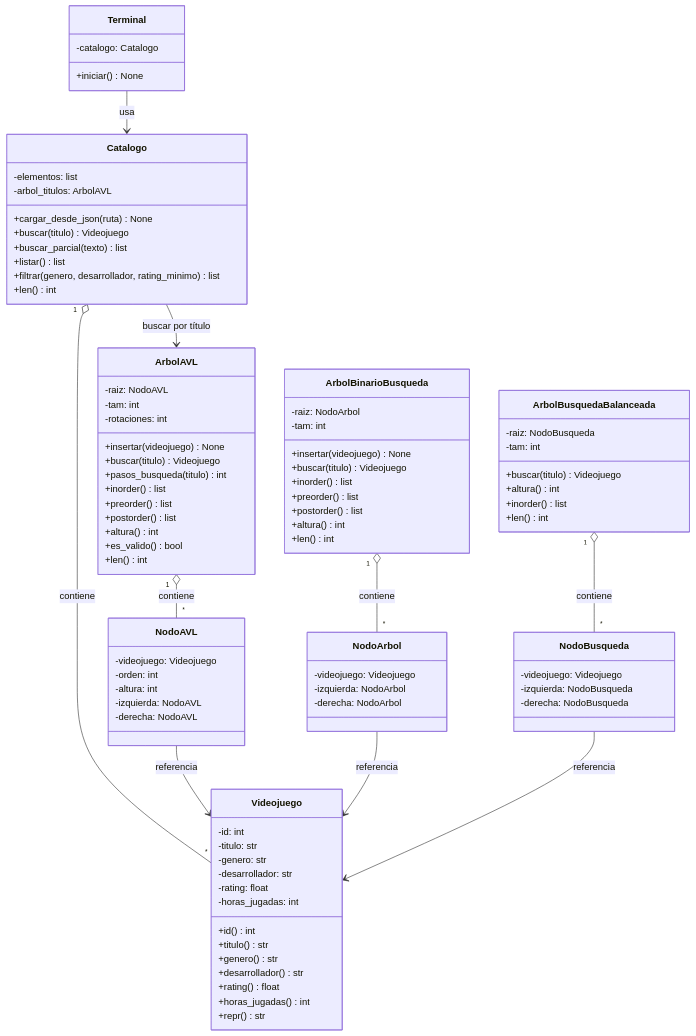
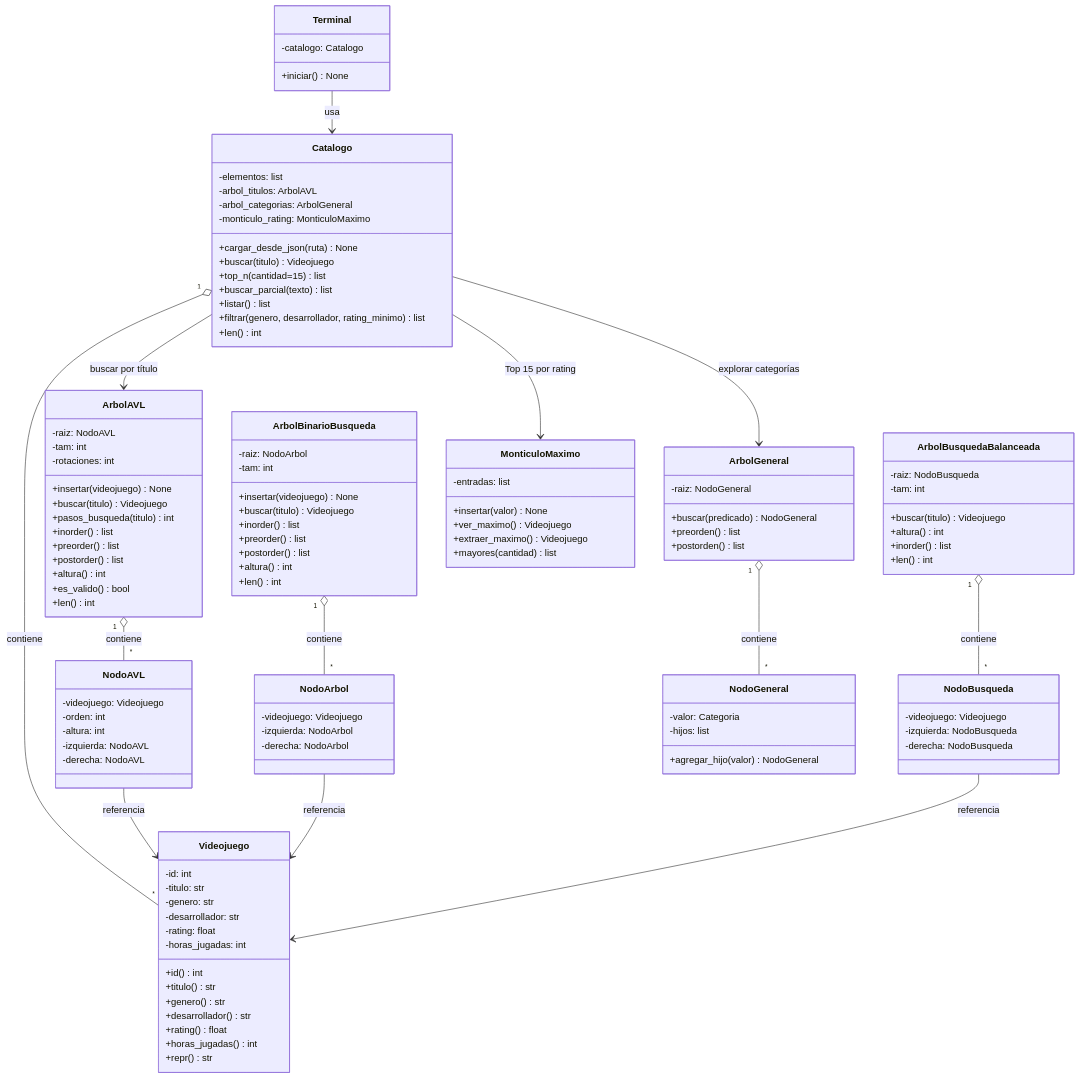
One commit to Dasein369/tpi_edd2026_recomendador changed the diagram in docs/03_diagrama_clases.md. Above: the diagram before and after it, drawn with Mermaid. The commit also changed other lines of this file and 6 other files, not shown here.

```diff
--- a/docs/03_diagrama_clases.md
+++ b/docs/03_diagrama_clases.md
@@ -24,8 +24,11 @@
     class Catalogo {
         -elementos: list
         -arbol_titulos: ArbolAVL
+        -arbol_categorias: ArbolGeneral
+        -monticulo_rating: MonticuloMaximo
         +cargar_desde_json(ruta) None
         +buscar(titulo) Videojuego
+        +top_n(cantidad=15) list
         +buscar_parcial(texto) list
         +listar() list
         +filtrar(genero, desarrollador, rating_minimo) list
@@ -93,9 +96,33 @@
         -derecha: NodoBusqueda
     }
 
+    class MonticuloMaximo {
+        -entradas: list
+        +insertar(valor) None
+        +ver_maximo() Videojuego
+        +extraer_maximo() Videojuego
+        +mayores(cantidad) list
+    }
+
+    class ArbolGeneral {
+        -raiz: NodoGeneral
+        +buscar(predicado) NodoGeneral
+        +preorden() list
+        +postorden() list
+    }
+
+    class NodoGeneral {
+        -valor: Categoria
+        -hijos: list
+        +agregar_hijo(valor) NodoGeneral
+    }
+
     Terminal --> Catalogo : usa
     Catalogo "1" o-- "*" Videojuego : contiene
     Catalogo --> ArbolAVL : buscar por título
+    Catalogo --> ArbolGeneral : explorar categorías
+    Catalogo --> MonticuloMaximo : Top 15 por rating
+    ArbolGeneral "1" o-- "*" NodoGeneral : contiene
     ArbolAVL "1" o-- "*" NodoAVL : contiene
     NodoAVL --> Videojuego : referencia
     ArbolBinarioBusqueda "1" o-- "*" NodoArbol : contiene
```
